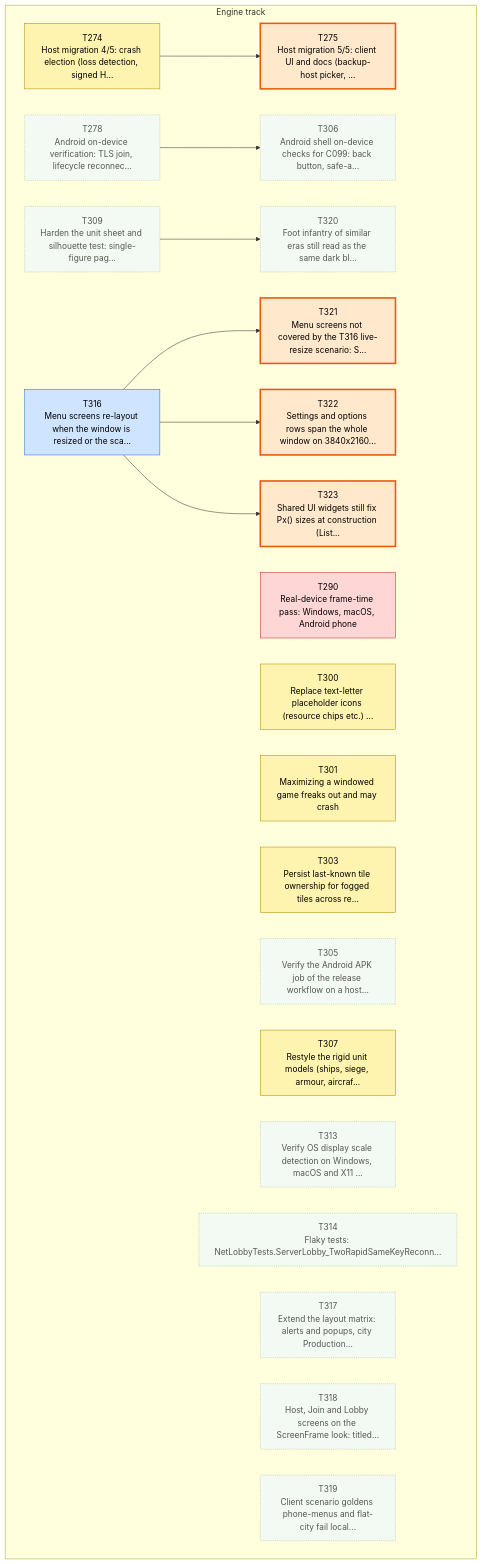
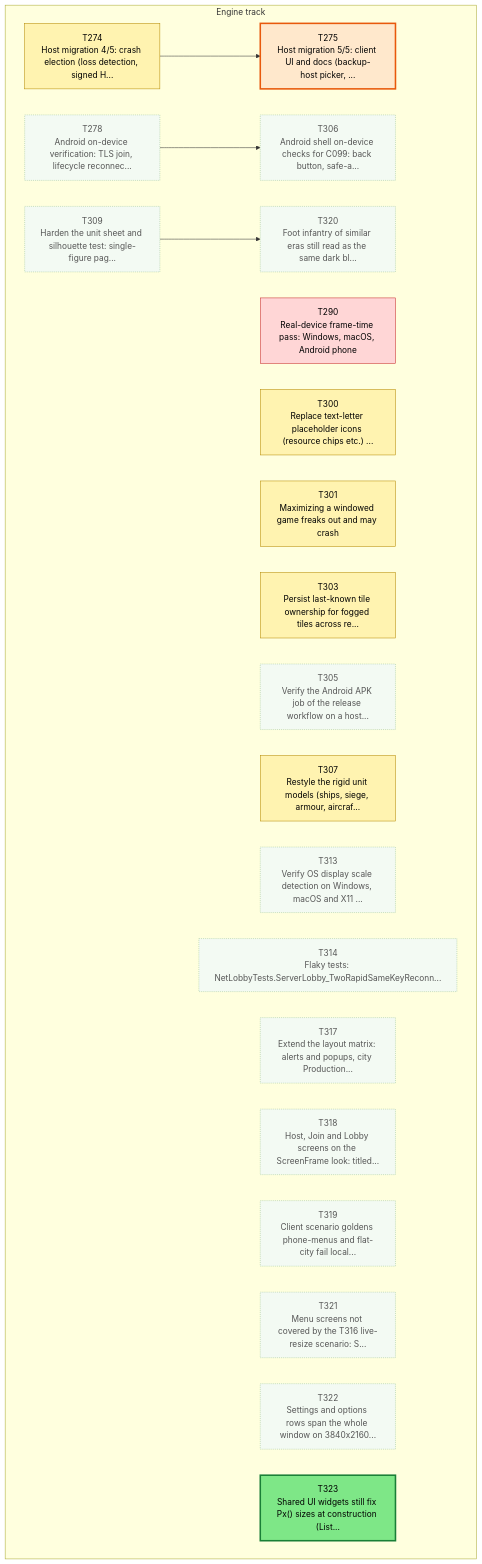
Before and after one commit to Kenmura/Unciv: the first of 3 diagrams in csharp/migration/DEPENDENCY_MAP.md, drawn with Mermaid. The commit also changed other lines of this file and 1 other file, not shown here.

````diff
--- a/csharp/migration/DEPENDENCY_MAP.md
+++ b/csharp/migration/DEPENDENCY_MAP.md
@@ -35,60 +35,55 @@
 ```mermaid
 flowchart TD
   subgraph TTRACK["Engine track"]
     T274["T274<br/>Host migration 4/5: crash election (loss detection, signed H..."]
     T275["T275<br/>Host migration 5/5: client UI and docs (backup-host picker, ..."]
     T278["T278<br/>Android on-device verification: TLS join, lifecycle reconnec..."]
     T290["T290<br/>Real-device frame-time pass: Windows, macOS, Android phone"]
     T300["T300<br/>Replace text-letter placeholder icons (resource chips etc.) ..."]
     T301["T301<br/>Maximizing a windowed game freaks out and may crash"]
     T303["T303<br/>Persist last-known tile ownership for fogged tiles across re..."]
     T305["T305<br/>Verify the Android APK job of the release workflow on a host..."]
     T306["T306<br/>Android shell on-device checks for C099: back button, safe-a..."]
     T307["T307<br/>Restyle the rigid unit models (ships, siege, armour, aircraf..."]
     T309["T309<br/>Harden the unit sheet and silhouette test: single-figure pag..."]
     T313["T313<br/>Verify OS display scale detection on Windows, macOS and X11 ..."]
     T314["T314<br/>Flaky tests: NetLobbyTests.ServerLobby_TwoRapidSameKeyReconn..."]
-    T316["T316<br/>Menu screens re-layout when the window is resized or the sca..."]
     T317["T317<br/>Extend the layout matrix: alerts and popups, city Production..."]
     T318["T318<br/>Host, Join and Lobby screens on the ScreenFrame look: titled..."]
     T319["T319<br/>Client scenario goldens phone-menus and flat-city fail local..."]
     T320["T320<br/>Foot infantry of similar eras still read as the same dark bl..."]
     T321["T321<br/>Menu screens not covered by the T316 live-resize scenario: S..."]
     T322["T322<br/>Settings and options rows span the whole window on 3840x2160..."]
     T323["T323<br/>Shared UI widgets still fix Px() sizes at construction (List..."]
   end
   T274 --> T275
   T278 --> T306
   T309 --> T320
-  T316 --> T321
-  T316 --> T322
-  T316 --> T323
   classDef waiting fill:#f3faf3,stroke:#9bc49b,color:#555,stroke-dasharray:2 2
   classDef ondeck fill:#ffe8cc,stroke:#e8590c,stroke-width:3px,color:#000
   classDef ready fill:#7ee787,stroke:#1a7f37,stroke-width:3px,color:#000
   classDef prog fill:#fff3b0,stroke:#b58900,color:#000
   classDef review fill:#cfe4ff,stroke:#1f6feb,color:#000
   classDef blocked fill:#ffd6d6,stroke:#c62828,color:#000
   classDef done fill:#eeeeee,stroke:#999999,color:#666,stroke-dasharray:4 3
   class T274 prog
   class T275 ondeck
   class T278 waiting
   class T290 blocked
   class T300 prog
   class T301 prog
   class T303 prog
   class T305 waiting
   class T306 waiting
   class T307 prog
   class T309 waiting
   class T313 waiting
   class T314 waiting
-  class T316 review
   class T317 waiting
   class T318 waiting
   class T319 waiting
   class T320 waiting
-  class T321 ondeck
-  class T322 ondeck
-  class T323 ondeck
+  class T321 waiting
+  class T322 waiting
+  class T323 ready
 ```
````
